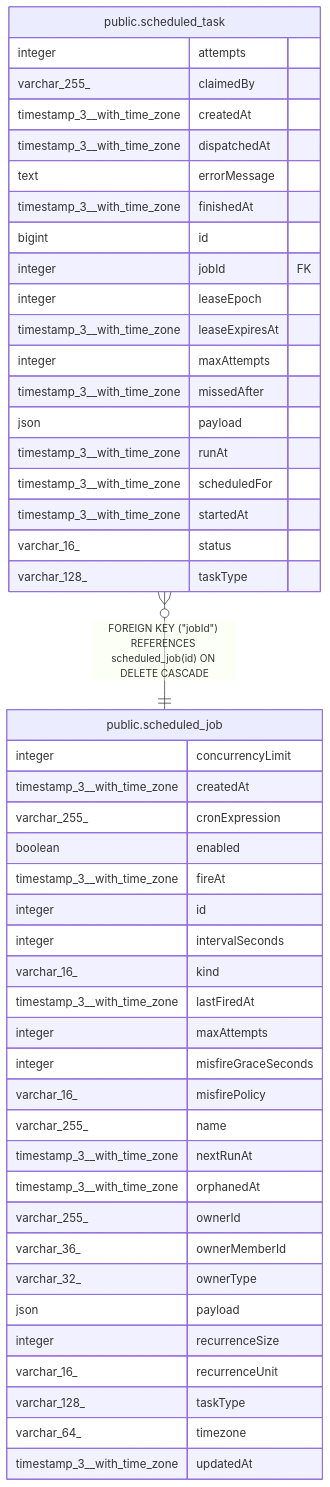
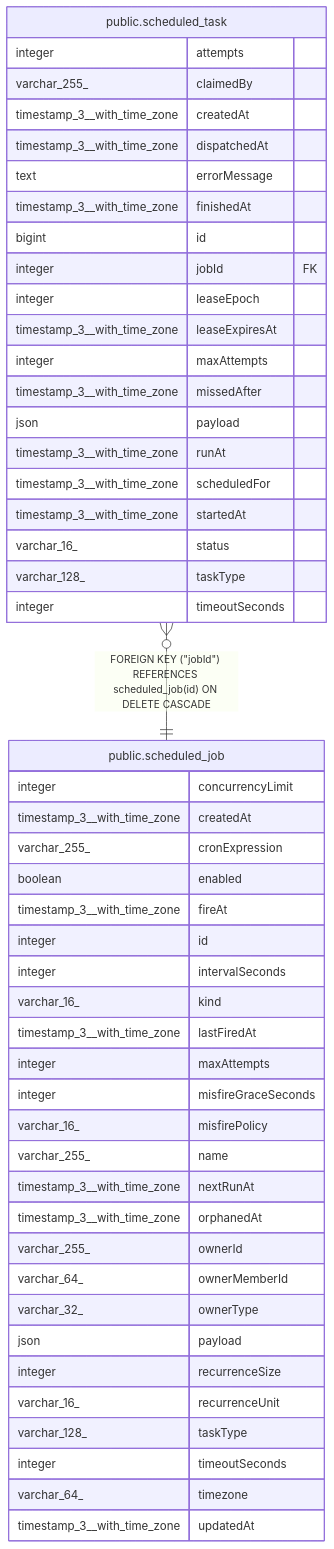
The diagram in docs/generated/postgres-schema/public.scheduled_task.md (sreent/n8n), drawn with Mermaid before and after one commit. The commit also changed other lines of this file and 7993 other files, not shown here.

````diff
--- a/docs/generated/postgres-schema/public.scheduled_task.md
+++ b/docs/generated/postgres-schema/public.scheduled_task.md
@@ -59,52 +62,54 @@
 ```mermaid
 erDiagram
 
 "public.scheduled_task" }o--|| "public.scheduled_job" : "FOREIGN KEY (#quot;jobId#quot;) REFERENCES scheduled_job(id) ON DELETE CASCADE"
 
 "public.scheduled_task" {
   integer attempts
   varchar_255_ claimedBy
   timestamp_3__with_time_zone createdAt
   timestamp_3__with_time_zone dispatchedAt
   text errorMessage
   timestamp_3__with_time_zone finishedAt
   bigint id
   integer jobId FK
   integer leaseEpoch
   timestamp_3__with_time_zone leaseExpiresAt
   integer maxAttempts
   timestamp_3__with_time_zone missedAfter
   json payload
   timestamp_3__with_time_zone runAt
   timestamp_3__with_time_zone scheduledFor
   timestamp_3__with_time_zone startedAt
   varchar_16_ status
   varchar_128_ taskType
+  integer timeoutSeconds
 }
 "public.scheduled_job" {
   integer concurrencyLimit
   timestamp_3__with_time_zone createdAt
   varchar_255_ cronExpression
   boolean enabled
   timestamp_3__with_time_zone fireAt
   integer id
   integer intervalSeconds
   varchar_16_ kind
   timestamp_3__with_time_zone lastFiredAt
   integer maxAttempts
   integer misfireGraceSeconds
   varchar_16_ misfirePolicy
   varchar_255_ name
   timestamp_3__with_time_zone nextRunAt
   timestamp_3__with_time_zone orphanedAt
   varchar_255_ ownerId
-  varchar_36_ ownerMemberId
+  varchar_64_ ownerMemberId
   varchar_32_ ownerType
   json payload
   integer recurrenceSize
   varchar_16_ recurrenceUnit
   varchar_128_ taskType
+  integer timeoutSeconds
   varchar_64_ timezone
   timestamp_3__with_time_zone updatedAt
 }
 ```
````
